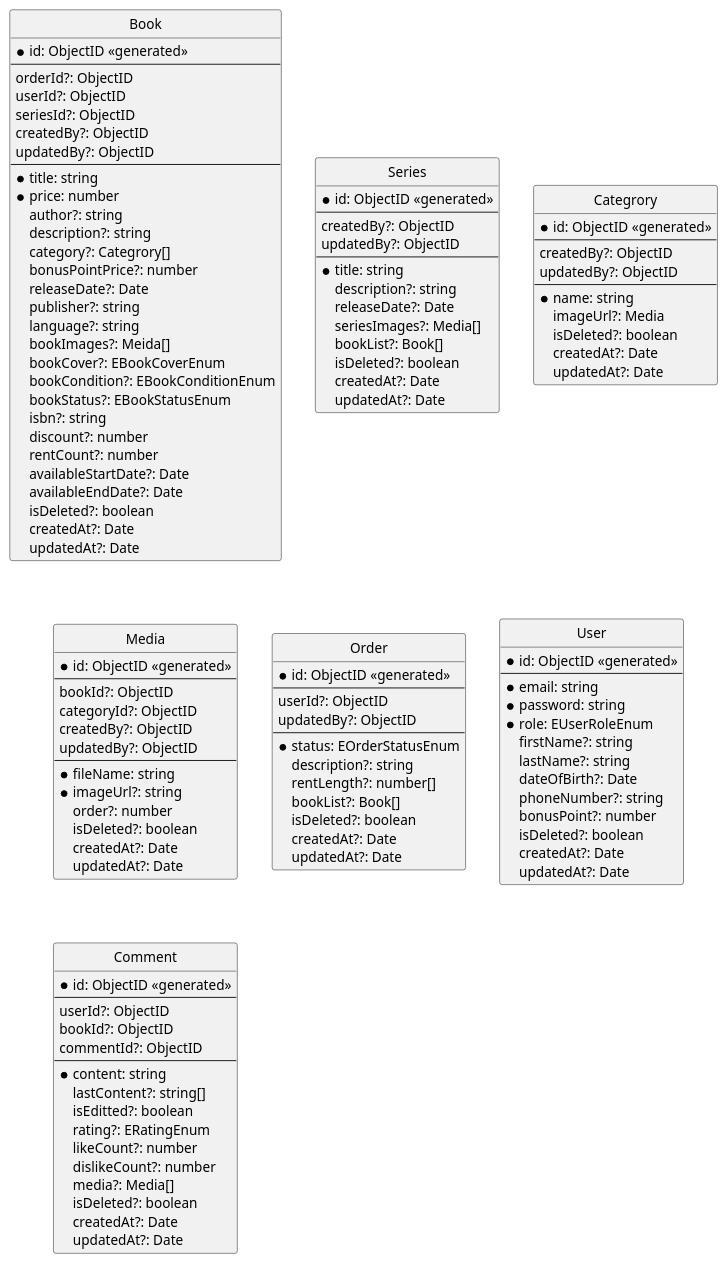
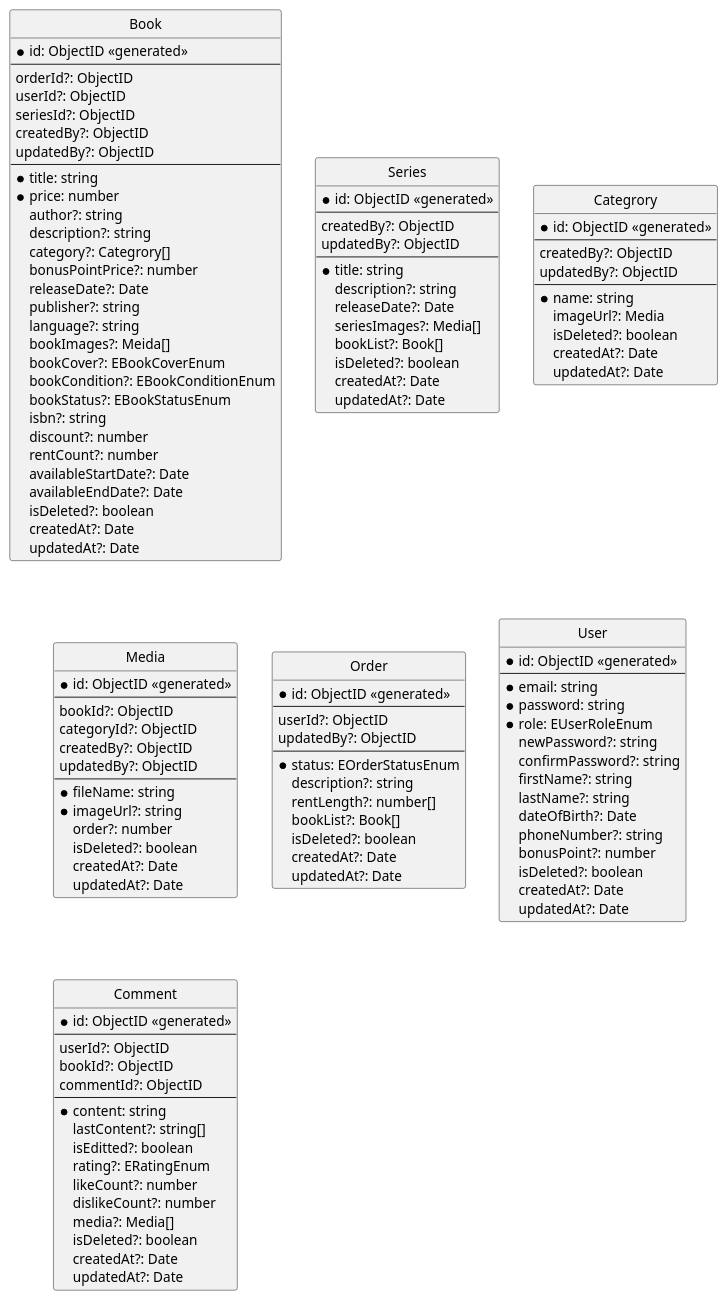
Before and after one commit to taint3110/bookshare: the diagram in docs/ERD/ERD.puml, drawn with PlantUML.

Commit message:
BS-04 | Update ERD

```diff
--- a/docs/ERD/ERD.puml
+++ b/docs/ERD/ERD.puml
@@ -1,172 +1,174 @@
 @startuml BookShare Entity Relationship Diagram
 hide circle
 skinparam linetype ortho
 
 
 entity "Book" as book {
   *id: ObjectID <<generated>>
   --
   orderId?: ObjectID
   userId?: ObjectID
   seriesId?: ObjectID
   createdBy?: ObjectID
   updatedBy?: ObjectID
   --
   *title: string
   *price: number
   author?: string
   description?: string
   category?: Categrory[]
   bonusPointPrice?: number
   releaseDate?: Date
   publisher?: string
   language?: string
   bookImages?: Meida[]
   bookCover?: EBookCoverEnum 
   ' enum EBookCoverEnum {
   '   SOFT = 'soft',
   '   HARD = 'hard',
   ' }
   bookCondition?: EBookConditionEnum
   ' enum EBookConditionEnum {
   '   NEW = 'new',
   '   OLD = 'old',
   '   DAMAGED = 'damaged',
   '   LOST = 'lost',
   ' }
   bookStatus?: EBookStatusEnum
   ' enum EBookStatusEnum {
   '   AVAILABLE = 'available',
   '   UNAVAILABLE = 'unavailable',
   '   RENTED = 'rented',
   ' }
   isbn?: string
   discount?: number
   rentCount?: number
   availableStartDate?: Date
   availableEndDate?: Date
   isDeleted?: boolean
   createdAt?: Date
   updatedAt?: Date
 }
 
 entity "Series" as series {
   *id: ObjectID <<generated>>
   --
   createdBy?: ObjectID
   updatedBy?: ObjectID
   --
   *title: string
   description?: string
   releaseDate?: Date
   seriesImages?: Media[]
   bookList?: Book[]
   isDeleted?: boolean
   createdAt?: Date
   updatedAt?: Date
 }
 
 
 entity "Categrory" as category {
   *id: ObjectID <<generated>>
   --
   createdBy?: ObjectID
   updatedBy?: ObjectID
   --
   *name: string
   imageUrl?: Media
   isDeleted?: boolean
   createdAt?: Date
   updatedAt?: Date
 }
 
 entity "Media" as media {
   *id: ObjectID <<generated>>
   --
   bookId?: ObjectID
   categoryId?: ObjectID
   createdBy?: ObjectID
   updatedBy?: ObjectID
   --
   *fileName: string
   *imageUrl?: string
   order?: number
   isDeleted?: boolean
   createdAt?: Date
   updatedAt?: Date
 }
 
 
 entity "Order" as order {
   *id: ObjectID <<generated>>
   --
   userId?: ObjectID
   updatedBy?: ObjectID
   --
   *status: EOrderStatusEnum
   ' enum EApplicantStatus {
   '   NEW = 'new',
   '   READY = 'ready',
   '   DONE = 'done',
   '   FAILED = 'failed',
   '   CANCELLED = 'cancelled',
   '   RETURNED = 'returned',
   '   REFUNDED = 'refunded',
   '   OVERDUE = 'overdue',
   ' }
   description?: string
   rentLength?: number[]
   bookList?: Book[]
   isDeleted?: boolean
   createdAt?: Date
   updatedAt?: Date
 }
 
 entity "User" as user {
   *id: ObjectID <<generated>>
   --
   *email: string
   *password: string
   *role: EUserRoleEnum
   ' enum EUserRoleEnum {
   '   ADMIN = 'admin',
   '   CUSTOMER = 'customer',
   '   STAFF = 'staff',
   ' }
+  newPassword?: string
+  confirmPassword?: string
   firstName?: string
   lastName?: string
   dateOfBirth?: Date
   phoneNumber?: string
   bonusPoint?: number
   isDeleted?: boolean
   createdAt?: Date
   updatedAt?: Date
 }
 
 entity "Comment" as comment {
   *id: ObjectID <<generated>>
   --
   userId?: ObjectID
   bookId?: ObjectID
   commentId?: ObjectID
   --
   *content: string
   lastContent?: string[]
   isEditted?: boolean
   rating?: ERatingEnum 
   ' ERatingEnum {
   '  ONE = 1,
   '  TWO = 2,
   '  THREE = 3,
   '  FOUR = 4,
   '  FIVE = 5, 
   ' }
   likeCount?: number
   dislikeCount?: number
   media?: Media[]
   isDeleted?: boolean
   createdAt?: Date
   updatedAt?: Date
 }
 
 @enduml
```
